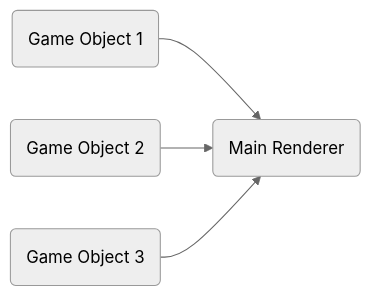
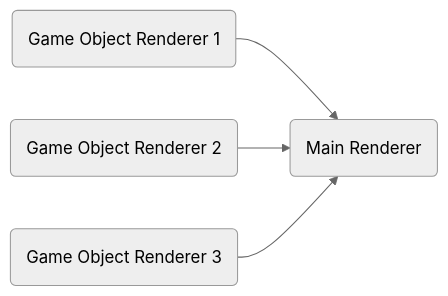
One commit to ElsevarAsadov/PygameLive changed the diagram in README.MD. Above: the diagram before and after it, drawn with Mermaid (neutral theme). The commit also changed other lines of this file, not shown here.

````diff
--- a/README.MD
+++ b/README.MD
@@ -74,7 +74,7 @@
 ```mermaid
 graph LR
 
-B(Game Object 1) --> C(Main Renderer)
-D(Game Object 2) --> C(Main Renderer)
-E(Game Object 3) --> C(Main Renderer)
+B(Game Object Renderer 1) --> C(Main Renderer)
+D(Game Object Renderer 2) --> C(Main Renderer)
+E(Game Object Renderer 3) --> C(Main Renderer)
 ```
````
